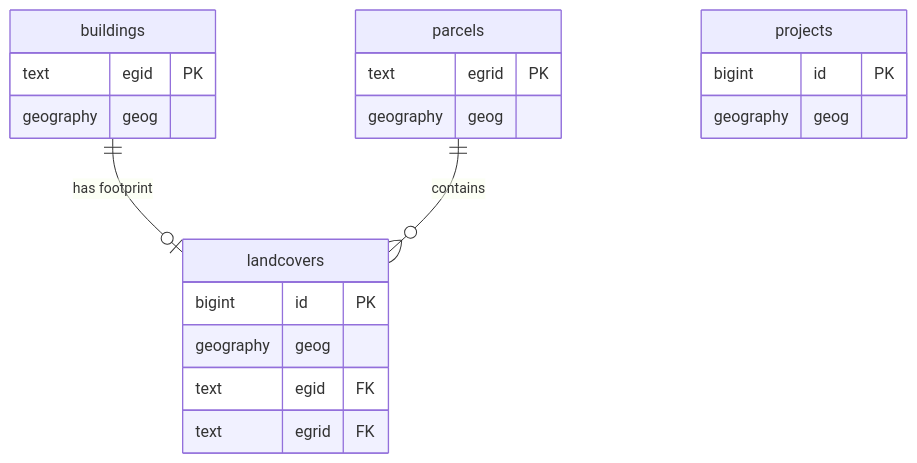
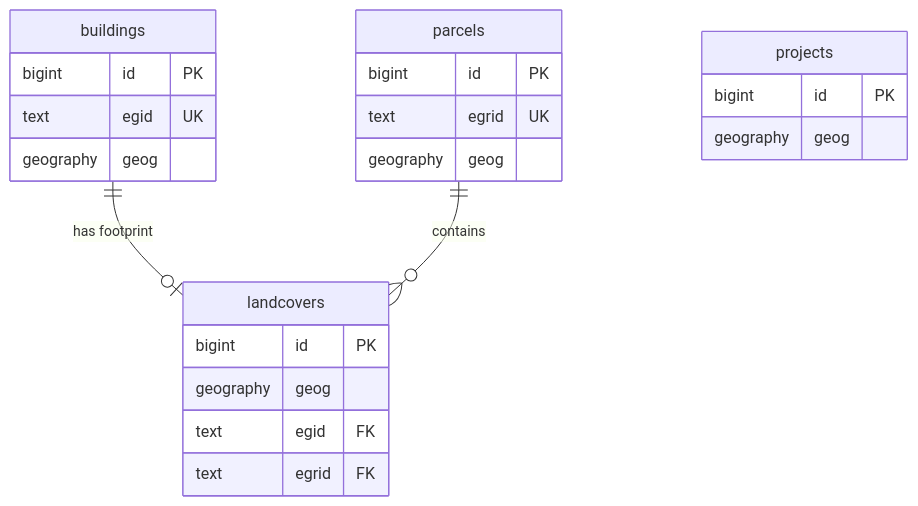
Before and after one commit to davras5/OpenBuildings: the diagram in documentation/database-schema-design.md, drawn with Mermaid. The commit also changed other lines of this file, not shown here.

First line of the commit message:
Use system ID as primary key, EGID/EGRID as secondary keys

````diff
--- a/documentation/database-schema-design.md
+++ b/documentation/database-schema-design.md
@@ -20,27 +20,29 @@
 ```mermaid
 erDiagram
     buildings ||--o| landcovers : "has footprint"
     parcels ||--o{ landcovers : "contains"
 
     buildings {
-        text egid PK
+        bigint id PK
+        text egid UK
         geography geog
     }
 
     parcels {
-        text egrid PK
+        bigint id PK
+        text egrid UK
         geography geog
     }
 
     landcovers {
         bigint id PK
         geography geog
         text egid FK
         text egrid FK
     }
 
     projects {
         bigint id PK
         geography geog
     }
 ```
````
